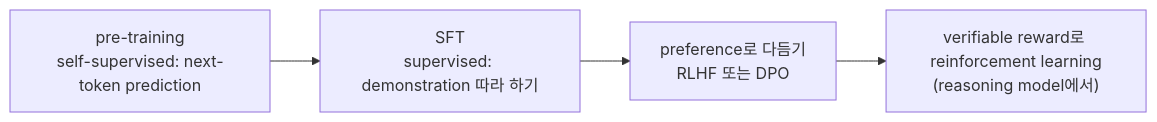
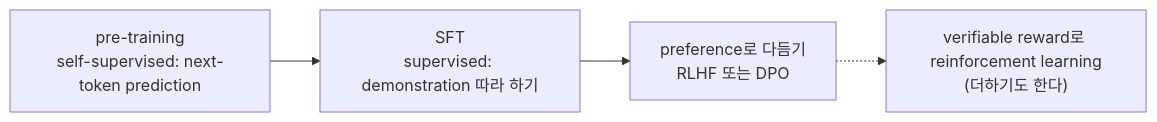
One commit to dipi0123/ai-insight-notes changed the diagram in book/part01-big-picture/01-04-training-methods-map.md. Above: the diagram before and after it, drawn with Mermaid. The commit also changed other lines of this file and 11 other files, not shown here.

````diff
--- a/book/part01-big-picture/01-04-training-methods-map.md
+++ b/book/part01-big-picture/01-04-training-methods-map.md
@@ -91,6 +99,6 @@
 ```mermaid
 flowchart LR
   A["pre-training<br/>self-supervised: next-token prediction"] --> B["SFT<br/>supervised: demonstration 따라 하기"]
   B --> C["preference로 다듬기<br/>RLHF 또는 DPO"]
-  C --> D["verifiable reward로 reinforcement learning<br/>(reasoning model에서)"]
+  C -.-> D["verifiable reward로 reinforcement learning<br/>(더하기도 한다)"]
 ```
````
